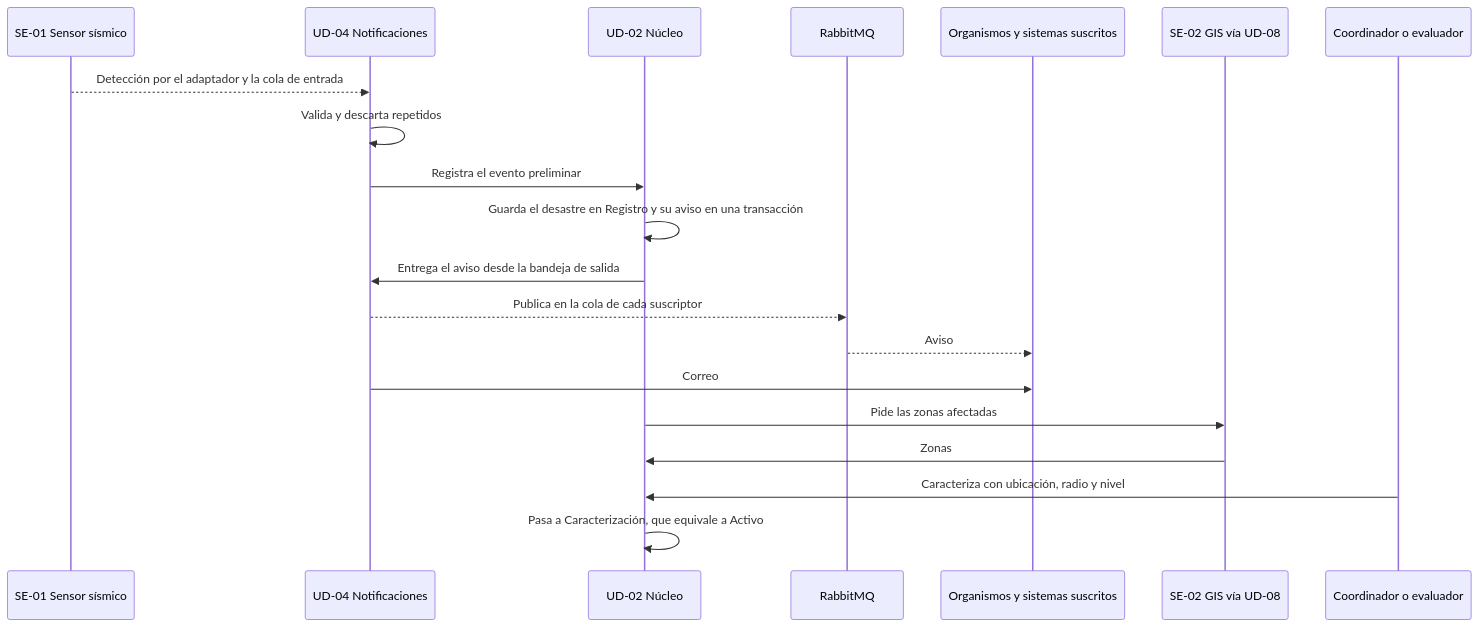
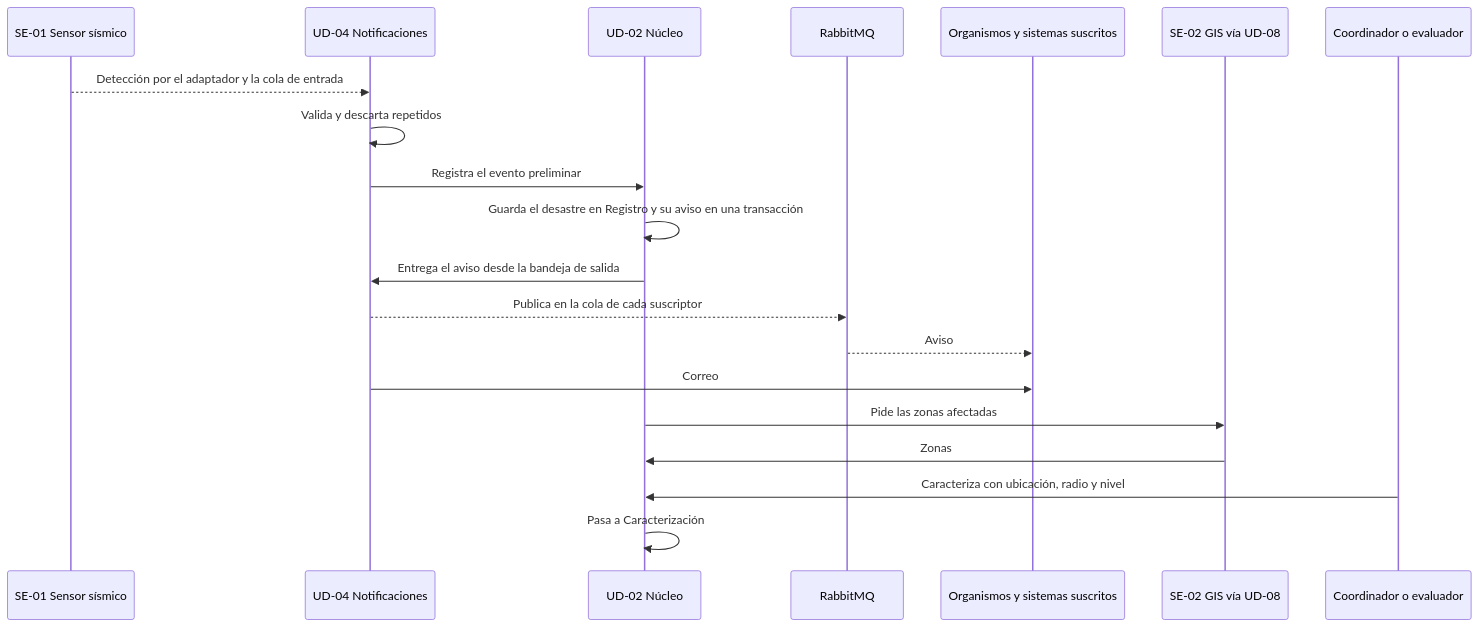
The second of 5 diagrams in documentacion/SAD_arc42.md (andreMD287/ProyectoArquiSW), drawn with Mermaid before and after one commit. The commit also changed other lines of this file and 4 other files, not shown here.

````diff
--- a/documentacion/SAD_arc42.md
+++ b/documentacion/SAD_arc42.md
@@ -357,22 +382,22 @@
 ```mermaid
 sequenceDiagram
   participant S as SE-01 Sensor sísmico
   participant N as UD-04 Notificaciones
   participant G as UD-02 Núcleo
   participant Q as RabbitMQ
   participant O as Organismos y sistemas suscritos
   participant X as SE-02 GIS vía UD-08
   participant C as Coordinador o evaluador
   S-->>N: Detección por el adaptador y la cola de entrada
   N->>N: Valida y descarta repetidos
   N->>G: Registra el evento preliminar
   G->>G: Guarda el desastre en Registro y su aviso en una transacción
   G->>N: Entrega el aviso desde la bandeja de salida
   N-->>Q: Publica en la cola de cada suscriptor
   Q-->>O: Aviso
   N->>O: Correo
   G->>X: Pide las zonas afectadas
   X->>G: Zonas
   C->>G: Caracteriza con ubicación, radio y nivel
-  G->>G: Pasa a Caracterización, que equivale a Activo
+  G->>G: Pasa a Caracterización
 ```
````
